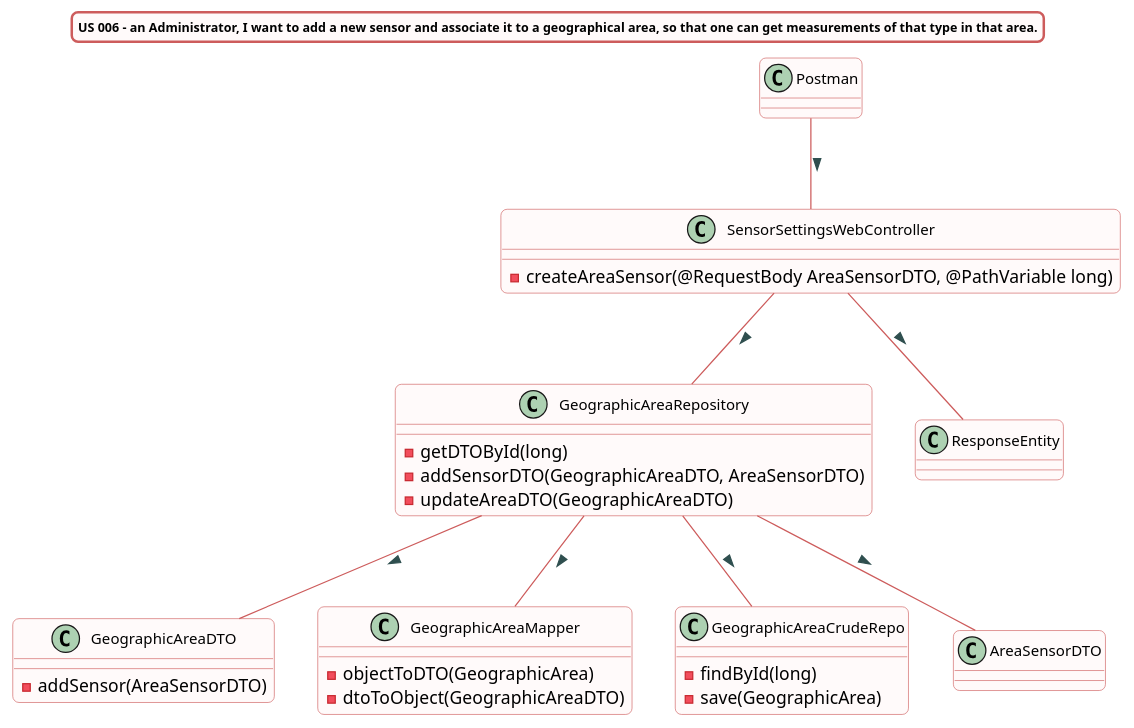
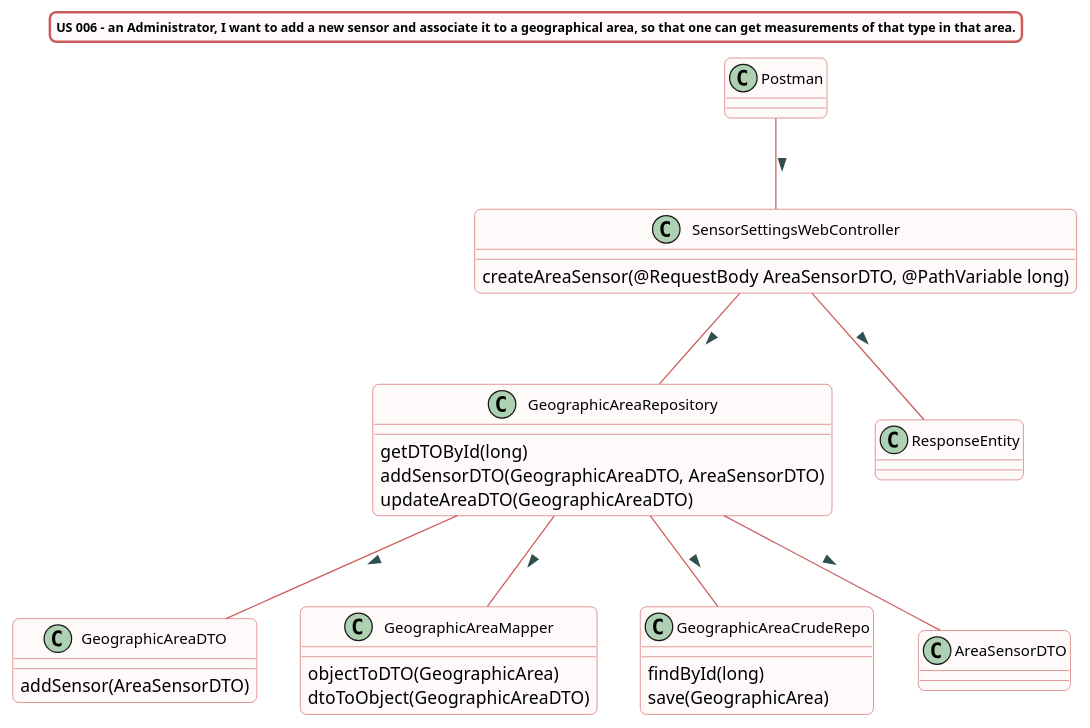
The diagram in src/doc/WEB_Controllers/SensorSettings/US006/US006v2_cd_SensorSettingsWebcontroller.puml (Almadanmp/project), drawn with PlantUML before and after one commit. The commit also changed 15 other files, not shown here.

```diff
--- a/src/doc/WEB_Controllers/SensorSettings/US006/US006v2_cd_SensorSettingsWebcontroller.puml
+++ b/src/doc/WEB_Controllers/SensorSettings/US006/US006v2_cd_SensorSettingsWebcontroller.puml
@@ -1,66 +1,68 @@
 @startuml
 
 title US 006 - an Administrator, I want to add a new sensor and associate it to a geographical area, so that one can get measurements of that type in that area.
 skinparam titleBorderRoundCorner 10
 skinparam titleBorderThickness 2
 skinparam titleBorderColor indianred
 skinparam titleBackgroundColor Snow
 skinparam FontName quicksand
 skinparam titleFontSize 10
 skinparam roundcorner 10
 
 
 skinparam class {
-  BorderColor indianred
-  BackgroundColor indianred
-  BackgroundColor Snow
-   roundcorner 10
-   ArrowFontName Verdana
-   ArrowColor indianred
-   ArrowFontColor darkslategrey
+ BorderColor indianred
+ BackgroundColor indianred
+ BackgroundColor Snow
+  roundcorner 10
+  ArrowFontName Verdana
+  ArrowColor indianred
+  ArrowFontColor darkslategrey
    FontSize 12
 }
+
+
 
 class SensorSettingsWebController
 class GeographicAreaDTO
 class GeographicAreaRepository
 class ResponseEntity
 class GeographicAreaMapper
 class GeographicAreaCrudeRepo
 class AreaSensorDTO
 
 Postman -- SensorSettingsWebController : >
 SensorSettingsWebController -- ResponseEntity : >
 SensorSettingsWebController -- GeographicAreaRepository : >
 GeographicAreaRepository -- GeographicAreaDTO : >
 GeographicAreaRepository -- GeographicAreaMapper : >
 GeographicAreaRepository -- AreaSensorDTO : >
 GeographicAreaRepository -- GeographicAreaCrudeRepo : >
 
 
 
 class SensorSettingsWebController {
--createAreaSensor(@RequestBody AreaSensorDTO, @PathVariable long)
+createAreaSensor(@RequestBody AreaSensorDTO, @PathVariable long)
 }
 
 class GeographicAreaRepository {
-- getDTOById(long)
-- addSensorDTO(GeographicAreaDTO, AreaSensorDTO)
-- updateAreaDTO(GeographicAreaDTO)
+getDTOById(long)
+addSensorDTO(GeographicAreaDTO, AreaSensorDTO)
+updateAreaDTO(GeographicAreaDTO)
 }
 
 class GeographicAreaCrudeRepo {
-- findById(long)
-- save(GeographicArea)
+findById(long)
+save(GeographicArea)
 }
 
 class GeographicAreaMapper{
--objectToDTO(GeographicArea)
--dtoToObject(GeographicAreaDTO)
+objectToDTO(GeographicArea)
+dtoToObject(GeographicAreaDTO)
 }
 
 class GeographicAreaDTO{
--addSensor(AreaSensorDTO)
+addSensor(AreaSensorDTO)
 }
 
 @enduml
```
